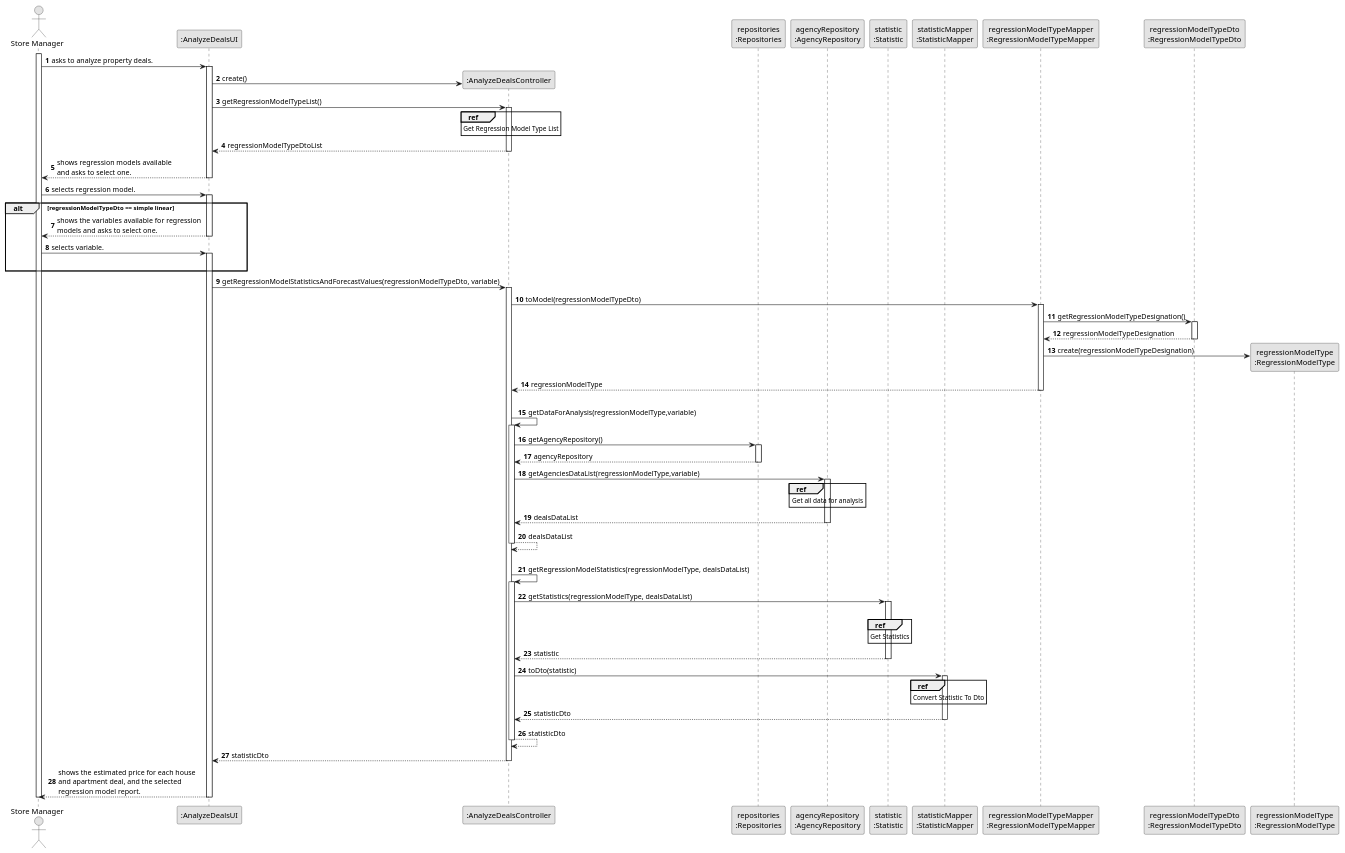
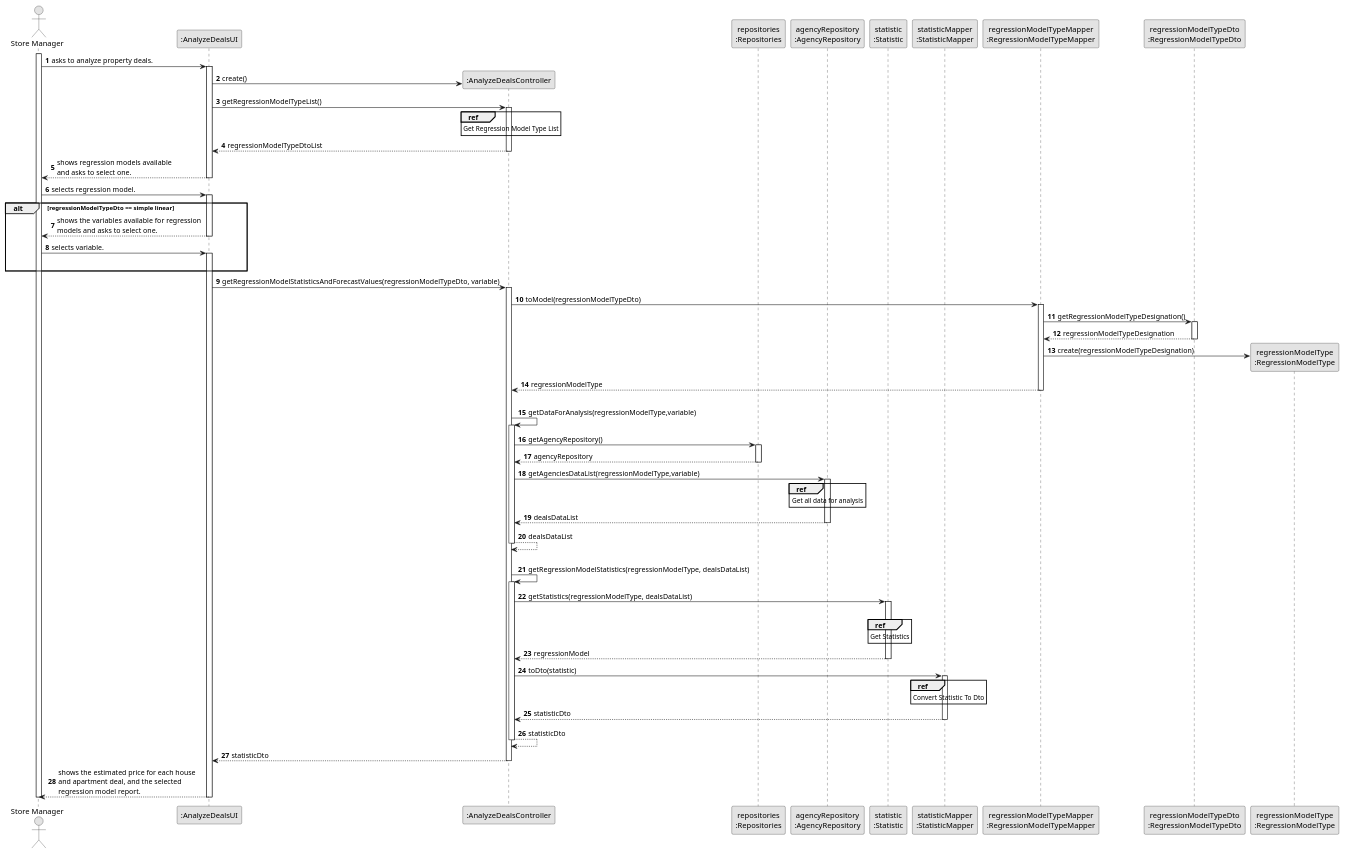
The diagram in docs/sprintD/us018/03.design/puml/us018-sequence-diagram-split.puml (rita-barbosa/LAPR2-2223), drawn with PlantUML before and after one commit. The commit also changed 3 other files, not shown here.

Commit message:
Update sequence & class diagram [US018][Design]

```diff
--- a/docs/sprintD/us018/03.design/puml/us018-sequence-diagram-split.puml
+++ b/docs/sprintD/us018/03.design/puml/us018-sequence-diagram-split.puml
@@ -1,138 +1,138 @@
 @startuml
 skinparam monochrome true
 skinparam packageStyle rectangle
 skinparam shadowing false
 
 autonumber
 
 'hide footbox
 actor "Store Manager" as ADM
 participant ":AnalyzeDealsUI" as UI
 participant ":AnalyzeDealsController" as CTRL
 participant "repositories\n:Repositories" as PLAT
 participant "agencyRepository\n:AgencyRepository" as AgencyRepository
 participant "statistic\n:Statistic" as ST
 participant "statisticMapper\n:StatisticMapper" as STMapper
 participant "regressionModelTypeMapper\n:RegressionModelTypeMapper" as RMTMapper
 participant "regressionModelTypeDto\n:RegressionModelTypeDto" as RMTDto
 participant "regressionModelType\n:RegressionModelType" as RMT
 
 
 
 activate ADM
 
     ADM -> UI : asks to analyze property deals.
     activate UI
 
     UI -> CTRL**: create()
 
     UI -> CTRL : getRegressionModelTypeList()
     activate CTRL
 
     ref over CTRL
     Get Regression Model Type List
     end ref
 
 
 
     CTRL --> UI: regressionModelTypeDtoList
     deactivate CTRL
 
 
     UI --> ADM : shows regression models available \nand asks to select one.
     deactivate UI
 
     ADM -> UI : selects regression model.
     activate UI
 
     alt regressionModelTypeDto == simple linear
         UI --> ADM: shows the variables available for regression \nmodels and asks to select one.
          deactivate UI
         ADM -> UI: selects variable.
         activate UI
         |||
     end alt
 
     UI -> CTRL : getRegressionModelStatisticsAndForecastValues(regressionModelTypeDto, variable)
     activate CTRL
 
     CTRL -> RMTMapper : toModel(regressionModelTypeDto)
     activate RMTMapper
 
     RMTMapper -> RMTDto : getRegressionModelTypeDesignation()
     activate RMTDto
 
     RMTDto --> RMTMapper : regressionModelTypeDesignation
     deactivate RMTDto
 
     RMTMapper -> RMT** : create(regressionModelTypeDesignation)
 
     RMTMapper --> CTRL : regressionModelType
     deactivate RMTMapper
 
 
     |||
     CTRL -> CTRL : getDataForAnalysis(regressionModelType,variable)
     activate CTRL
 
     CTRL -> PLAT : getAgencyRepository()
     activate PLAT
 
     PLAT --> CTRL : agencyRepository
     deactivate PLAT
 
 
     CTRL -> AgencyRepository : getAgenciesDataList(regressionModelType,variable)
     activate AgencyRepository
         ref over AgencyRepository
          Get all data for analysis
         end ref
 
     AgencyRepository --> CTRL  : dealsDataList
     deactivate AgencyRepository
 
 
 
     CTRL --> CTRL: dealsDataList
     deactivate CTRL
 
     |||
     CTRL -> CTRL: getRegressionModelStatistics(regressionModelType, dealsDataList)
     activate CTRL
 
 
 
     CTRL -> ST  : getStatistics(regressionModelType, dealsDataList)
     activate ST
             |||
             ref over ST
             Get Statistics
             end ref
 
-    ST --> CTRL: statistic
+    ST --> CTRL: regressionModel
     deactivate ST
 
     CTRL -> STMapper : toDto(statistic)
     activate STMapper
 
         ref over STMapper
            Convert Statistic To Dto
         end ref
 
     STMapper --> CTRL : statisticDto
     deactivate STMapper
 
 
     CTRL --> CTRL: statisticDto
     deactivate CTRL
 
     CTRL --> UI : statisticDto
     deactivate CTRL
 
     UI --> ADM : shows the estimated price for each house\nand apartment deal, and the selected \nregression model report.
     deactivate UI
 
 
 deactivate ADM
 
 @enduml
```
